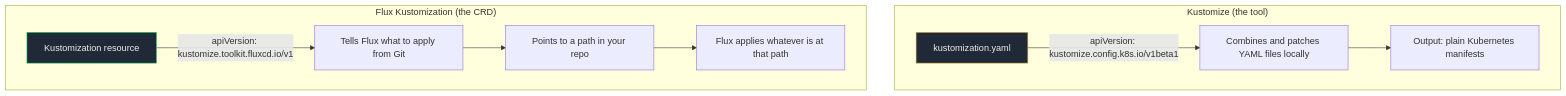
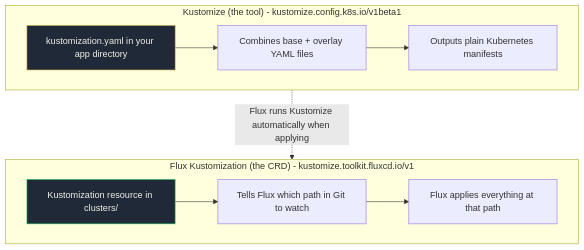
One commit to stevenwadeconsulting/gitops-fundamentals-lab changed the diagram in docs/labs/2-multi-environment.md. Above: the diagram before and after it, drawn with Mermaid.

Commit message:
Fix Kustomization diagram: vertical layout, clearer labels

````diff
--- a/docs/labs/2-multi-environment.md
+++ b/docs/labs/2-multi-environment.md
@@ -31,16 +31,17 @@
 ```mermaid
 graph TD
-    subgraph "Kustomize (the tool)"
-        A[kustomization.yaml] -->|"apiVersion: kustomize.config.k8s.io/v1beta1"| B[Combines and patches YAML files locally]
-        B --> C[Output: plain Kubernetes manifests]
+    subgraph KustomizeTool ["Kustomize (the tool) - kustomize.config.k8s.io/v1beta1"]
+        A[kustomization.yaml in your app directory] --> B[Combines base + overlay YAML files]
+        B --> C[Outputs plain Kubernetes manifests]
     end
 
-    subgraph "Flux Kustomization (the CRD)"
-        D[Kustomization resource] -->|"apiVersion: kustomize.toolkit.fluxcd.io/v1"| E[Tells Flux what to apply from Git]
-        E --> F[Points to a path in your repo]
-        F --> G[Flux applies whatever is at that path]
+    subgraph FluxKustomization ["Flux Kustomization (the CRD) - kustomize.toolkit.fluxcd.io/v1"]
+        D[Kustomization resource in clusters/] --> E[Tells Flux which path in Git to watch]
+        E --> F[Flux applies everything at that path]
     end
+
+    KustomizeTool -.->|"Flux runs Kustomize automatically when applying"| FluxKustomization
 
     style A fill:#1F2937,stroke:#D4A843,color:#F0EFE8
     style D fill:#1F2937,stroke:#22C55E,color:#F0EFE8
 ```
````
